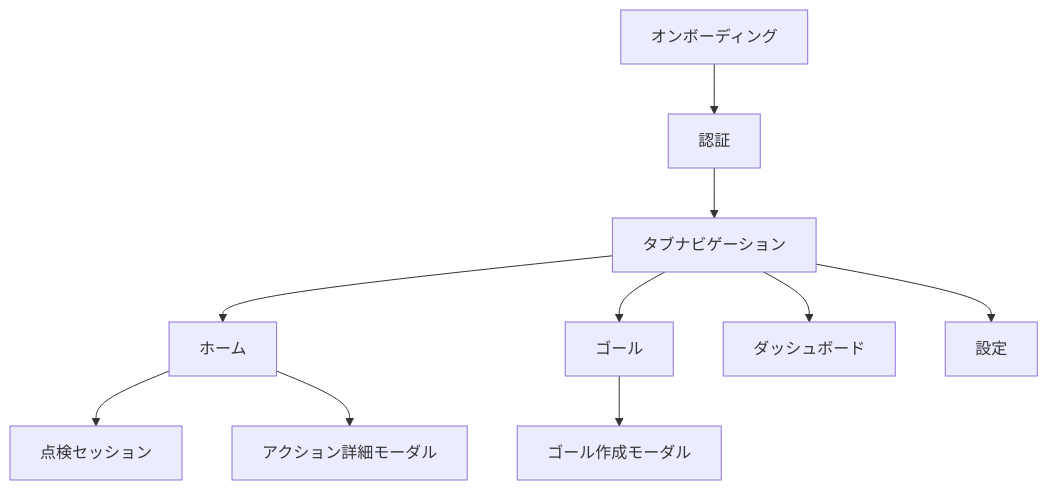
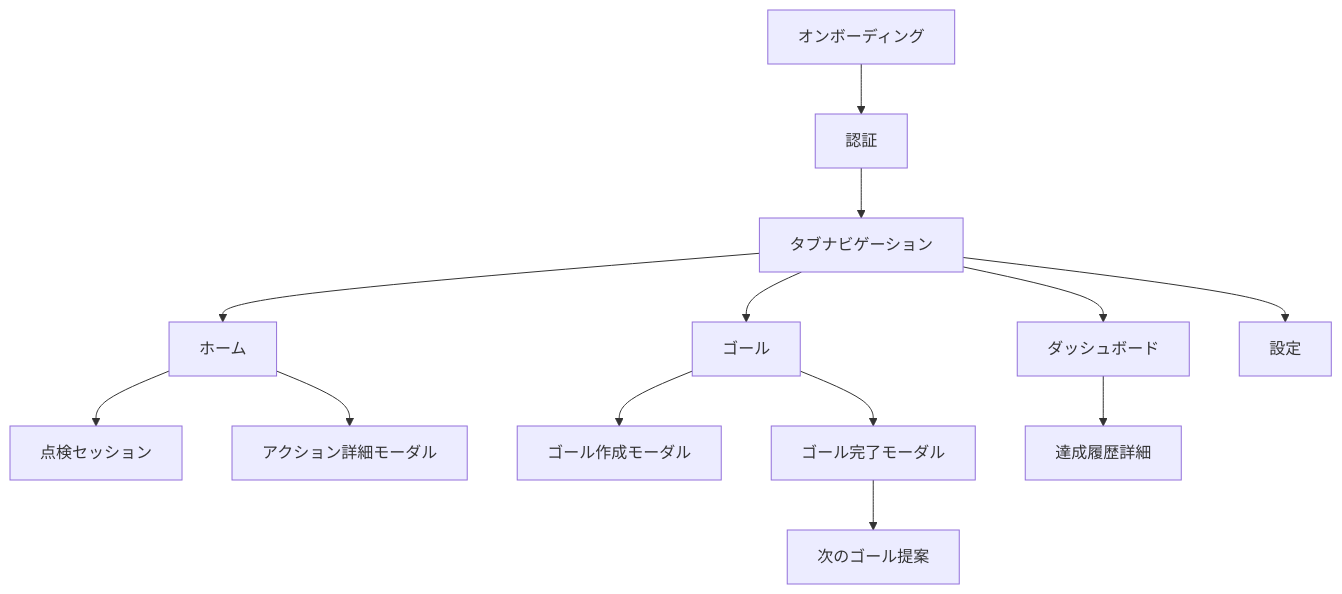
Before and after one commit to engineer-ba-sulto/flow-finder-expo-supabase: the diagram in docs/product-specific/screen_design.md, drawn with Mermaid. The commit also changed other lines of this file and 4 other files, not shown here.

````diff
--- a/docs/product-specific/screen_design.md
+++ b/docs/product-specific/screen_design.md
@@ -39,12 +39,15 @@
 ```mermaid
 graph TD
   A[オンボーディング] --> B[認証]
   B --> C[タブナビゲーション]
   C --> D[ホーム]
   C --> E[ゴール]
   C --> F[ダッシュボード]
   C --> G[設定]
   D --> H[点検セッション]
   E --> I[ゴール作成モーダル]
+  E --> K[ゴール完了モーダル]
+  K --> L[次のゴール提案]
   D --> J[アクション詳細モーダル]
+  F --> M[達成履歴詳細]
 ```
````
